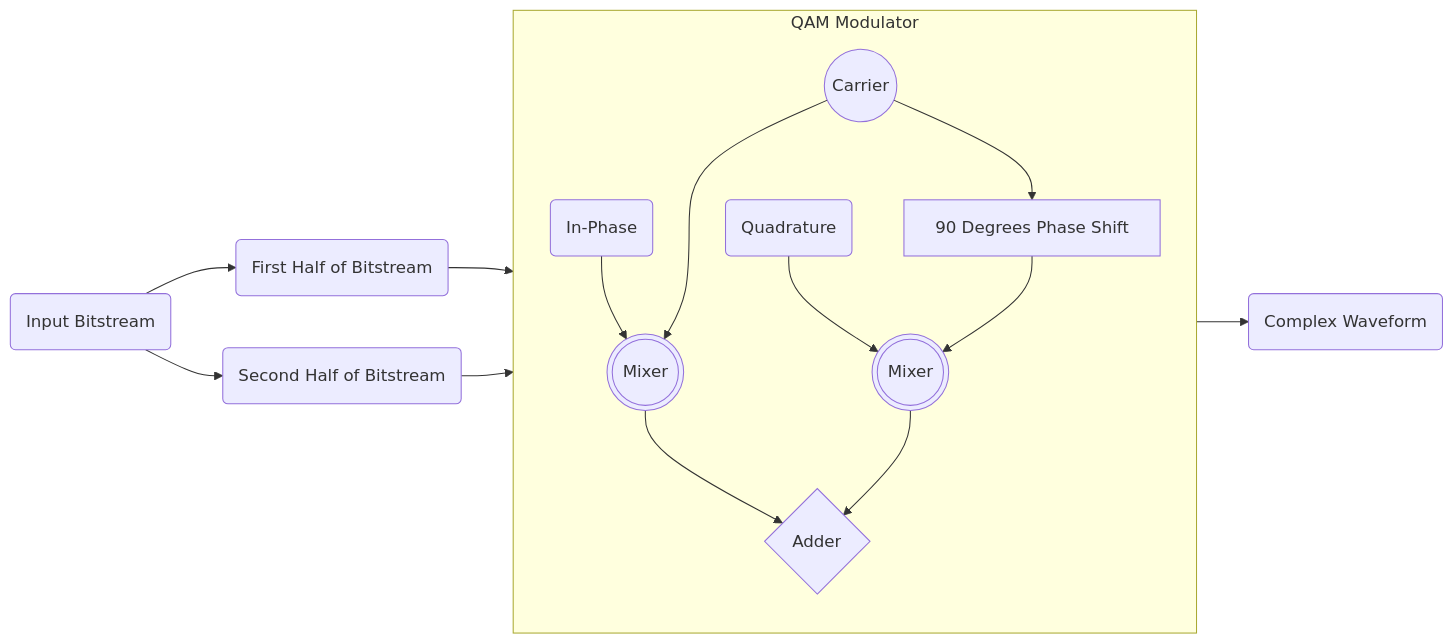
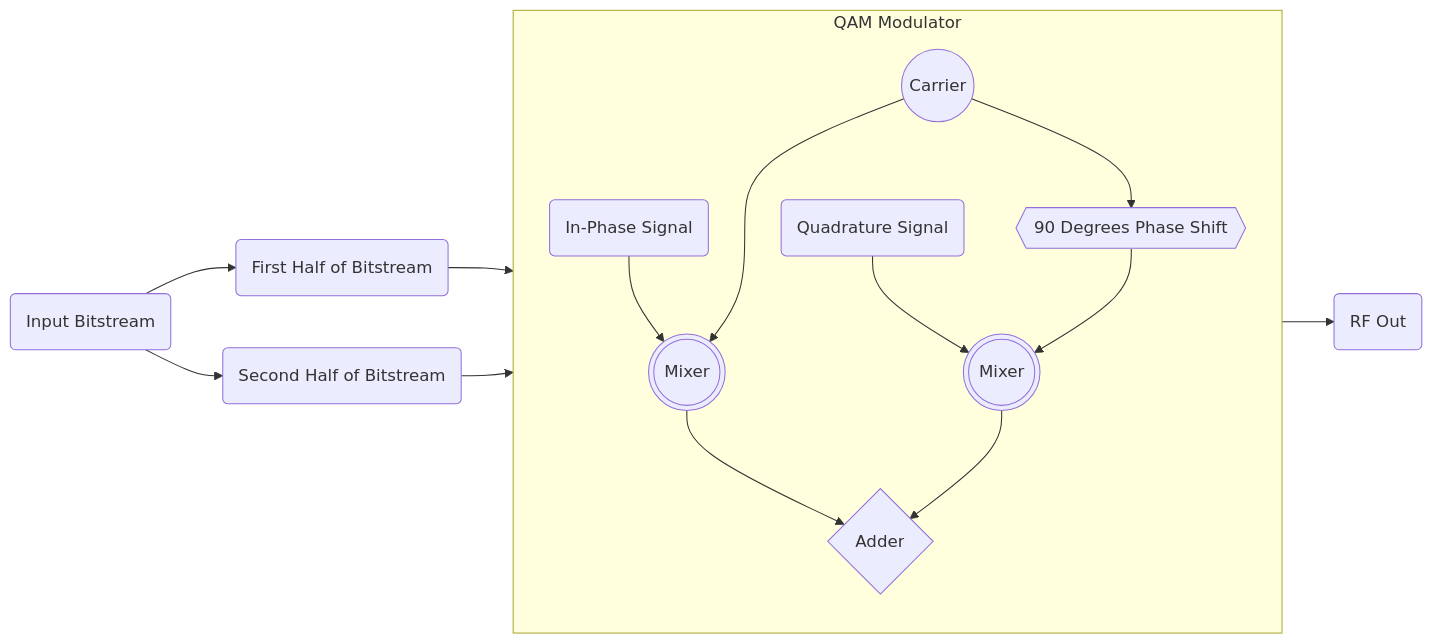
One commit to monokuchi/QAM changed the diagram in README.md. Above: the diagram before and after it, drawn with Mermaid. The commit also changed other lines of this file and 2 other files, not shown here.

Commit message:
Fixed carrier generation

````diff
--- a/README.md
+++ b/README.md
@@ -21,28 +15,28 @@
 ```mermaid
 flowchart LR
     bit(Input Bitstream)
     bit_A(First Half of Bitstream)
     bit_B(Second Half of Bitstream)
     bit --> bit_A & bit_B
     bit_A --> sig_I
     bit_B --> sig_Q
 
     subgraph QAM Modulator
         direction TB
-        sig_I(In-Phase)
-        sig_Q(Quadrature)
-        quadrature[90 Degrees Phase Shift]
+        sig_I(In-Phase Signal)
+        sig_Q(Quadrature Signal)
+        quadrature{{90 Degrees Phase Shift}}
         mixer_1(((Mixer)))
         mixer_2(((Mixer)))
         carrier((Carrier)) 
         adder{Adder}
     end
 
     sig_I --> mixer_1
     sig_Q --> mixer_2
     quadrature --> mixer_2
     carrier --> mixer_1 & quadrature
     mixer_1 & mixer_2 --> adder
     
-    adder --> result(Complex Waveform)
+    adder --> result(RF Out)
 ```
````
